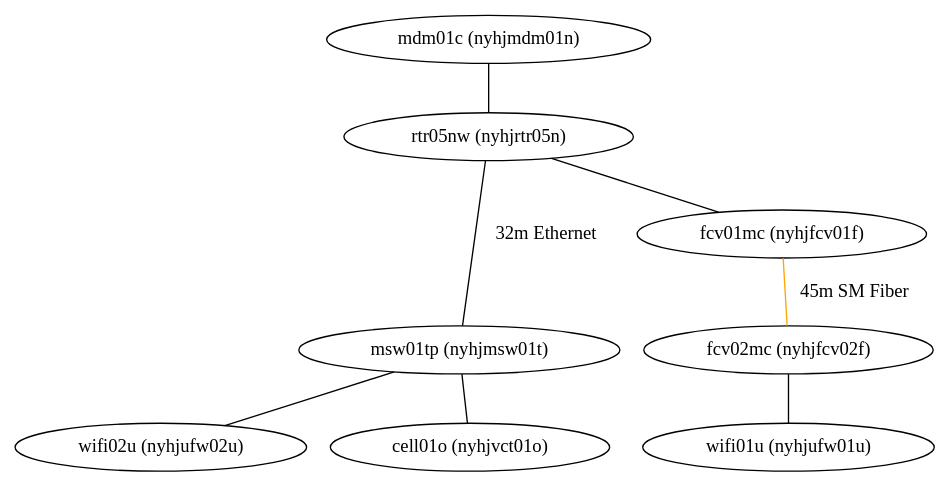
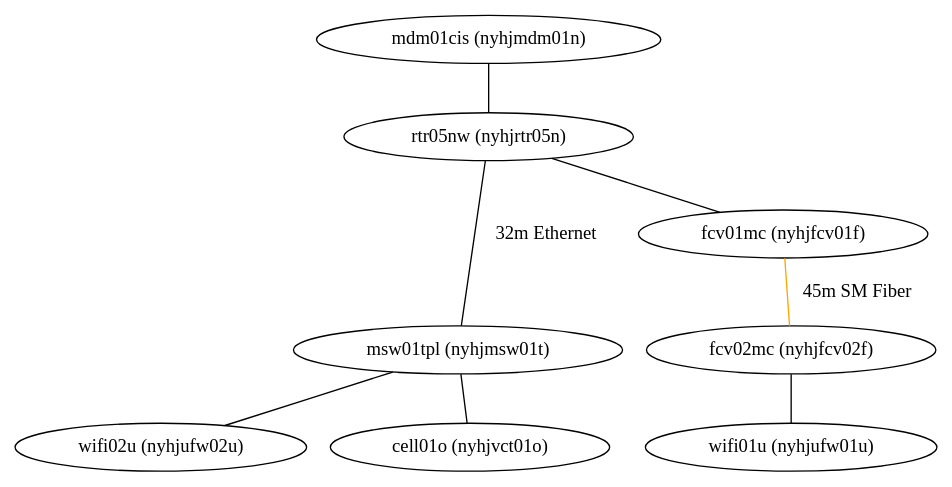
The diagram in nyhj/network.dot (jrddunbr/sysconfig), drawn with Graphviz before and after one commit. The commit also changed 4 other files, not shown here.

```diff
--- a/nyhj/network.dot
+++ b/nyhj/network.dot
@@ -1,24 +1,24 @@
 graph {
-    mdm01c [label="mdm01c (nyhjmdm01n)"]
+    mdm01cis [label="mdm01cis (nyhjmdm01n)"]
     rtr05nw [label="rtr05nw (nyhjrtr05n)"]
-    msw01tp [label="msw01tp (nyhjmsw01t)"]
+    msw01tpl [label="msw01tpl (nyhjmsw01t)"]
     fcv01mc [label="fcv01mc (nyhjfcv01f)"]
     fcv02mc [label="fcv02mc (nyhjfcv02f)"]
     wifi01u [label="wifi01u (nyhjufw01u)"]
     wifi02u [label="wifi02u (nyhjufw02u)"]
     cell01o [label="cell01o (nyhjvct01o)"]
 
     subgraph endpoints {
         rank=same
         fcv02mc
-        msw01tp
+        msw01tpl
     }
 
-    mdm01c -- rtr05nw
+    mdm01cis -- rtr05nw
     rtr05nw -- fcv01mc
-    rtr05nw -- msw01tp [label="32m Ethernet"]
+    rtr05nw -- msw01tpl [label="32m Ethernet"]
     fcv01mc -- fcv02mc [color="orange", label="45m SM Fiber"]
     fcv02mc -- wifi01u
-    msw01tp -- cell01o
-    msw01tp -- wifi02u
+    msw01tpl -- cell01o
+    msw01tpl -- wifi02u
 }
```
